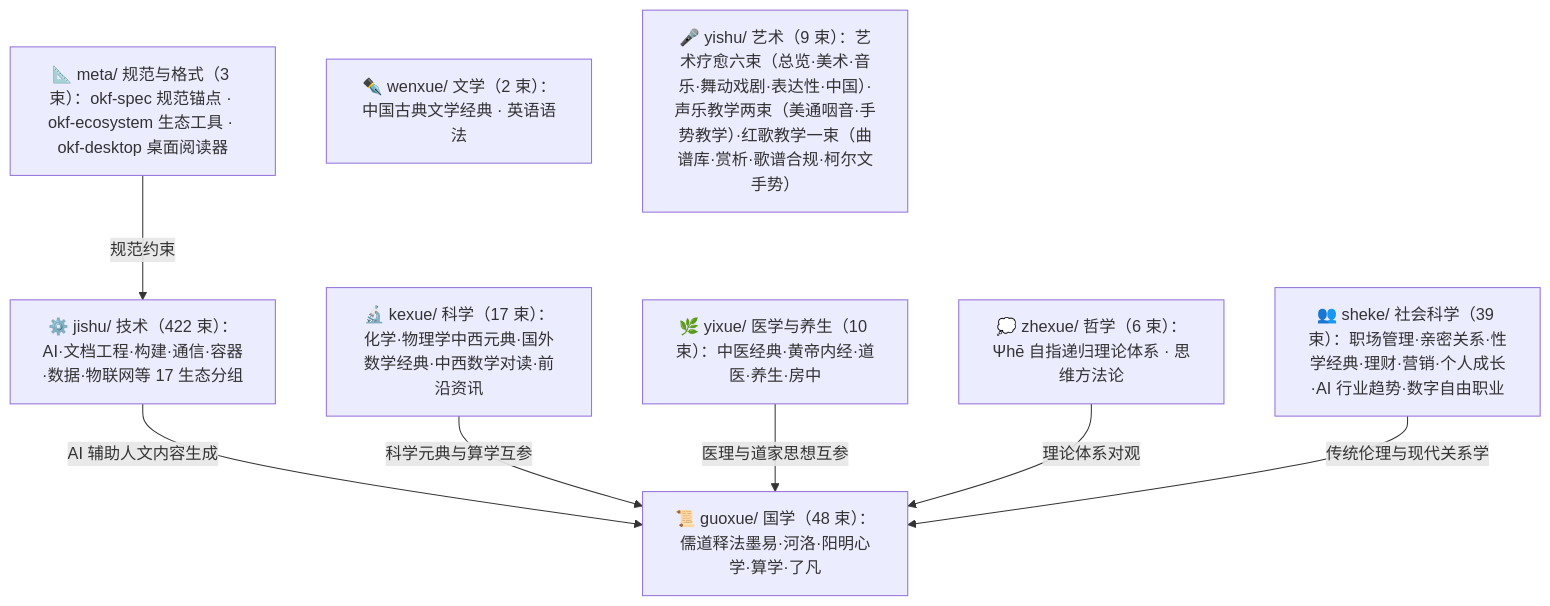
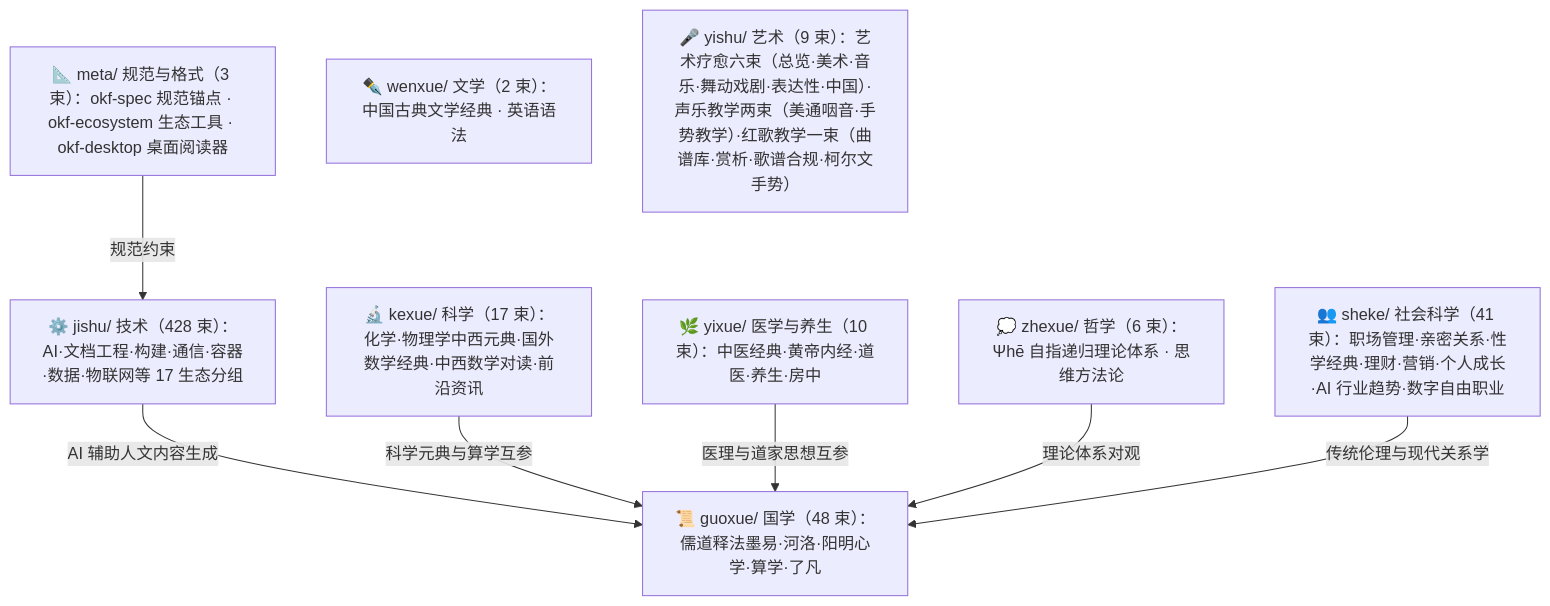
Before and after one commit to awesome-flexloop/awesome-okf: the diagram in doc/bundles/index.md, drawn with Mermaid. The commit also changed other lines of this file and 88 other files, not shown here.

````diff
--- a/doc/bundles/index.md
+++ b/doc/bundles/index.md
@@ -21,18 +21,18 @@
 ```mermaid
 flowchart TD
     meta["📐 meta/ 规范与格式（3 束）：okf-spec 规范锚点 · okf-ecosystem 生态工具 · okf-desktop 桌面阅读器"]
     guoxue["📜 guoxue/ 国学（48 束）：儒道释法墨易·河洛·阳明心学·算学·了凡"]
     zhexue["💭 zhexue/ 哲学（6 束）：Ψhē 自指递归理论体系 · 思维方法论"]
     kexue["🔬 kexue/ 科学（17 束）：化学·物理学中西元典·国外数学经典·中西数学对读·前沿资讯"]
     wenxue["✒️ wenxue/ 文学（2 束）：中国古典文学经典 · 英语语法"]
     yixue["🌿 yixue/ 医学与养生（10 束）：中医经典·黄帝内经·道医·养生·房中"]
-    sheke["👥 sheke/ 社会科学（39 束）：职场管理·亲密关系·性学经典·理财·营销·个人成长·AI 行业趋势·数字自由职业"]
+    sheke["👥 sheke/ 社会科学（41 束）：职场管理·亲密关系·性学经典·理财·营销·个人成长·AI 行业趋势·数字自由职业"]
     yishu["🎤 yishu/ 艺术（9 束）：艺术疗愈六束（总览·美术·音乐·舞动戏剧·表达性·中国）·声乐教学两束（美通咽音·手势教学）·红歌教学一束（曲谱库·赏析·歌谱合规·柯尔文手势）"]
-    jishu["⚙️ jishu/ 技术（422 束）：AI·文档工程·构建·通信·容器·数据·物联网等 17 生态分组"]
+    jishu["⚙️ jishu/ 技术（428 束）：AI·文档工程·构建·通信·容器·数据·物联网等 17 生态分组"]
     meta -->|"规范约束"| jishu
     jishu -->|"AI 辅助人文内容生成"| guoxue
     kexue -->|"科学元典与算学互参"| guoxue
     yixue -->|"医理与道家思想互参"| guoxue
     zhexue -->|"理论体系对观"| guoxue
     sheke -->|"传统伦理与现代关系学"| guoxue
 ```
````
